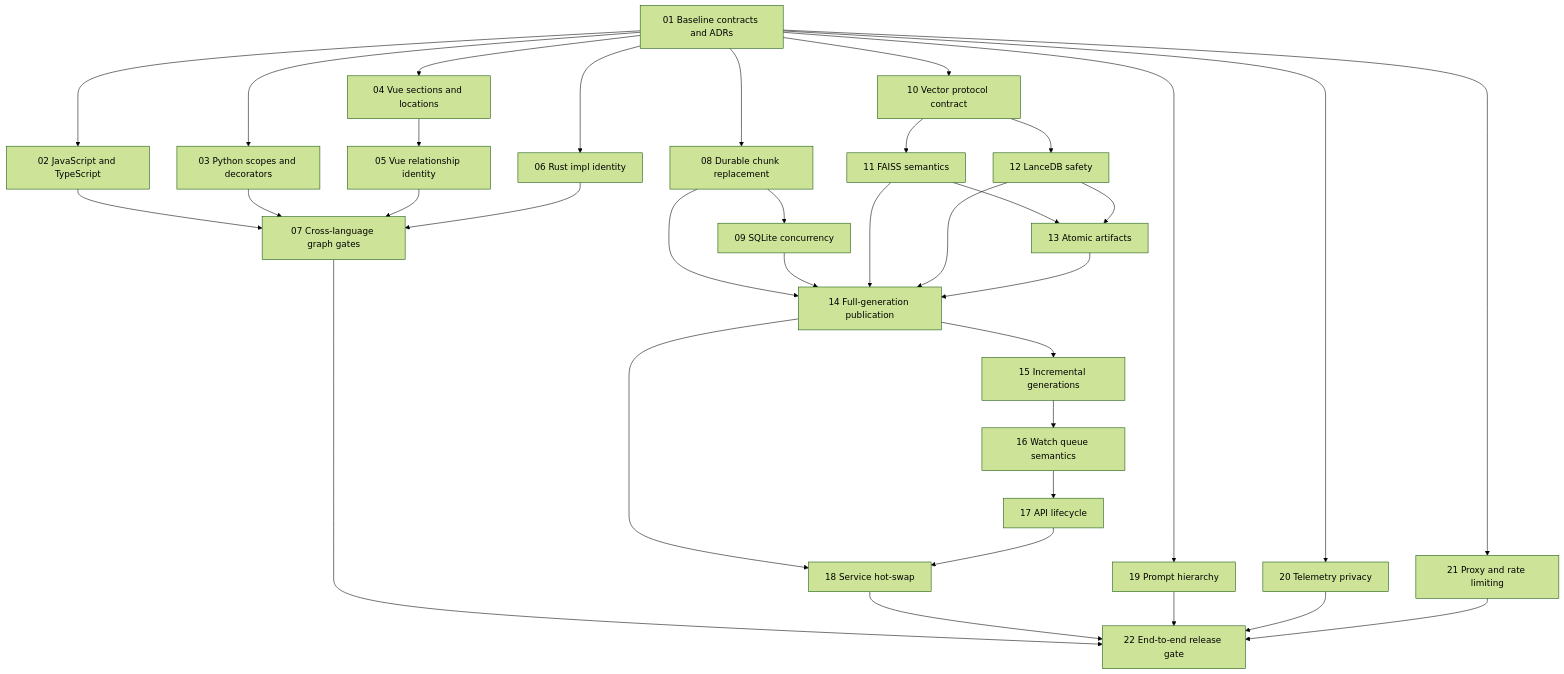
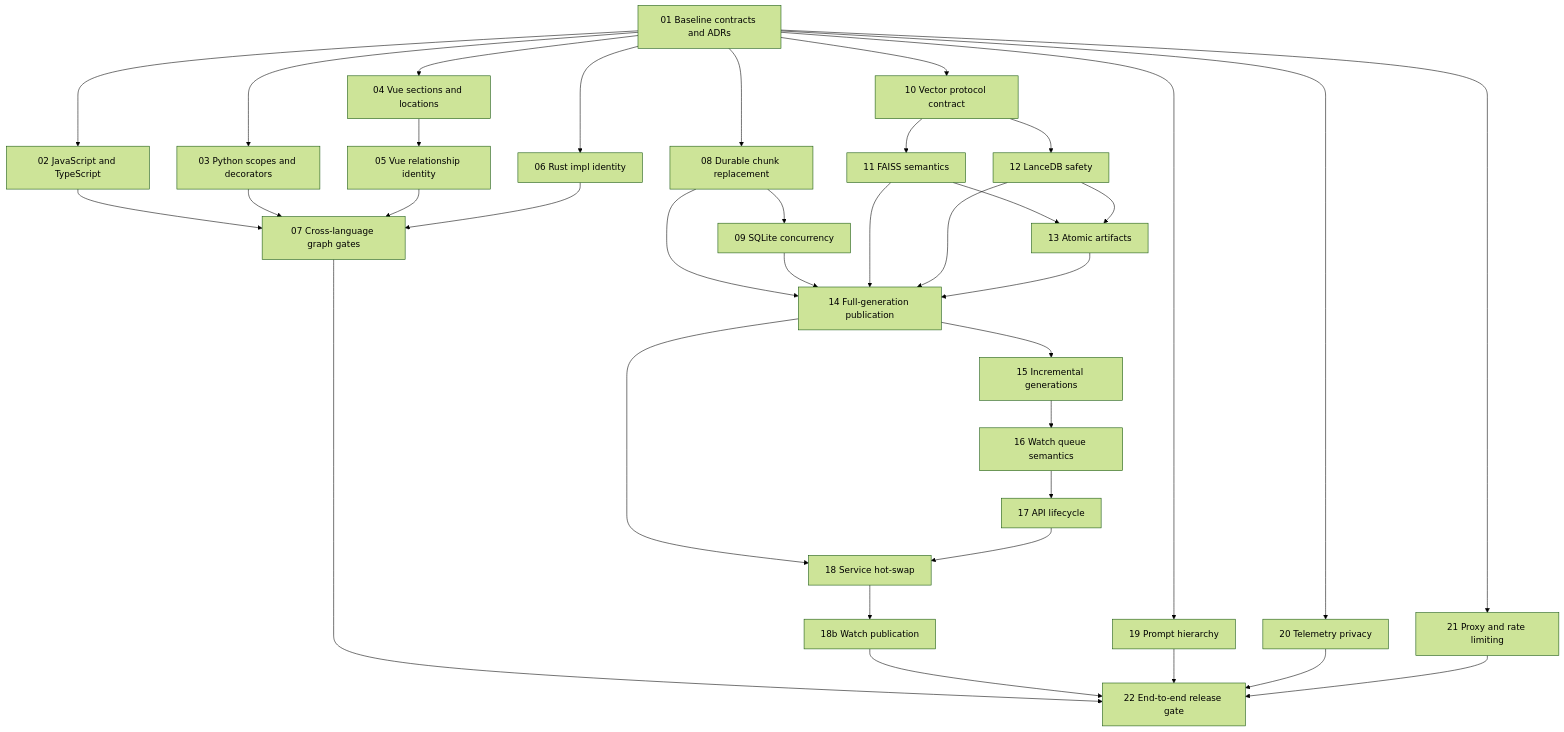
One commit to deepakdgupta1/KnowCode changed the diagram in plans/knowcode-parser-concurrency-security-hardening.md. Above: the diagram before and after it, drawn with Mermaid (forest theme). The commit also changed other lines of this file and 18 other files, not shown here.

````diff
--- a/plans/knowcode-parser-concurrency-security-hardening.md
+++ b/plans/knowcode-parser-concurrency-security-hardening.md
@@ -193,63 +193,65 @@
 ```mermaid
 flowchart TD
     S01["01 Baseline contracts and ADRs"]
     S02["02 JavaScript and TypeScript"]
     S03["03 Python scopes and decorators"]
     S04["04 Vue sections and locations"]
     S05["05 Vue relationship identity"]
     S06["06 Rust impl identity"]
     S07["07 Cross-language graph gates"]
     S08["08 Durable chunk replacement"]
     S09["09 SQLite concurrency"]
     S10["10 Vector protocol contract"]
     S11["11 FAISS semantics"]
     S12["12 LanceDB safety"]
     S13["13 Atomic artifacts"]
     S14["14 Full-generation publication"]
     S15["15 Incremental generations"]
     S16["16 Watch queue semantics"]
     S17["17 API lifecycle"]
     S18["18 Service hot-swap"]
+    S18B["18b Watch publication"]
     S19["19 Prompt hierarchy"]
     S20["20 Telemetry privacy"]
     S21["21 Proxy and rate limiting"]
     S22["22 End-to-end release gate"]
 
     S01 --> S02
     S01 --> S03
     S01 --> S04
     S04 --> S05
     S01 --> S06
     S02 --> S07
     S03 --> S07
     S05 --> S07
     S06 --> S07
 
     S01 --> S08
     S08 --> S09
     S01 --> S10
     S10 --> S11
     S10 --> S12
     S11 --> S13
     S12 --> S13
     S08 --> S14
     S09 --> S14
     S11 --> S14
     S12 --> S14
     S13 --> S14
     S14 --> S15
     S15 --> S16
     S16 --> S17
     S14 --> S18
     S17 --> S18
+    S18 --> S18B
 
     S01 --> S19
     S01 --> S20
     S01 --> S21
 
     S07 --> S22
-    S18 --> S22
+    S18B --> S22
     S19 --> S22
     S20 --> S22
     S21 --> S22
 ```
````
